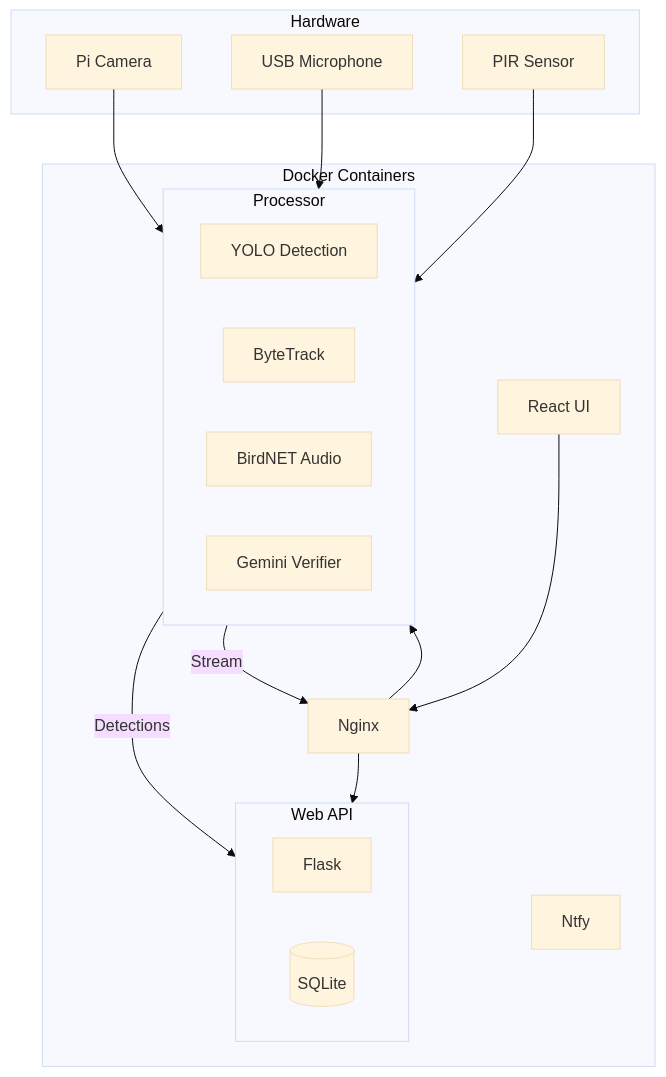
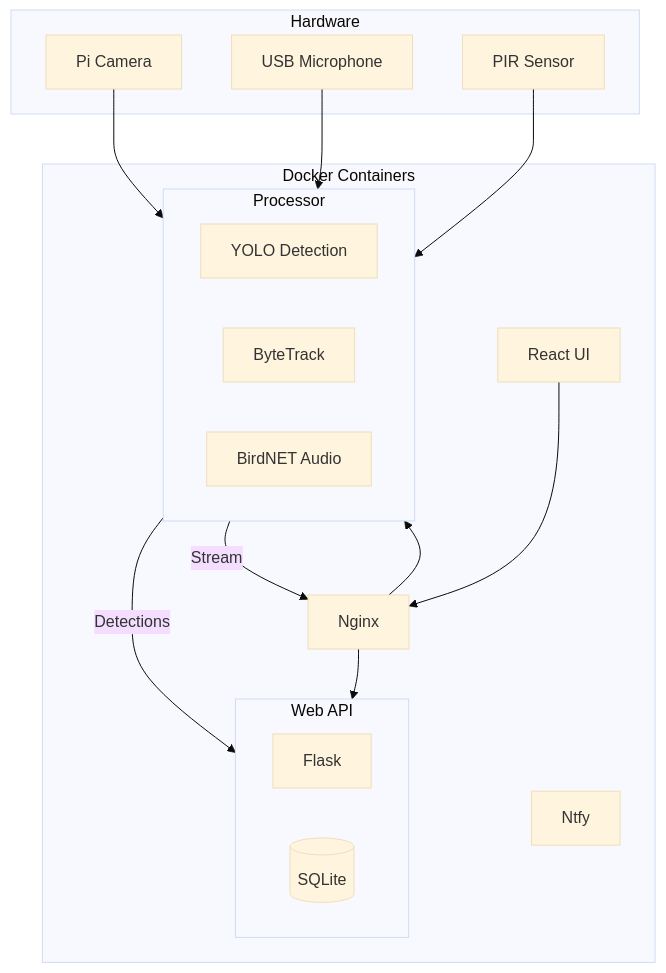
Before and after one commit to Gfermoto/BirdLense-Hub: the second of 2 diagrams in app/README.md, drawn with Mermaid (base theme). The commit also changed other lines of this file and 32 other files, not shown here.

````diff
--- a/app/README.md
+++ b/app/README.md
@@ -166,35 +166,34 @@
 ```mermaid
 flowchart TB
     subgraph Hardware
         CAM[Pi Camera]
         MIC[USB Microphone]
         PIR[PIR Sensor]
     end
 
     subgraph Docker["Docker Containers"]
         subgraph processor[Processor]
             YOLO[YOLO Detection]
             TRACK[ByteTrack]
             BIRDNET[BirdNET Audio]
-            LLM[Gemini Verifier]
         end
 
         subgraph web[Web API]
             API[Flask]
             DB[(SQLite)]
         end
 
         UI[React UI]
         NGINX[Nginx]
         NTFY[Ntfy]
     end
 
     CAM --> processor
     MIC --> processor
     PIR --> processor
     processor -- Detections --> web
     processor -- Stream --> NGINX
     UI --> NGINX
     NGINX --> web
     NGINX --> processor
 ```
````
